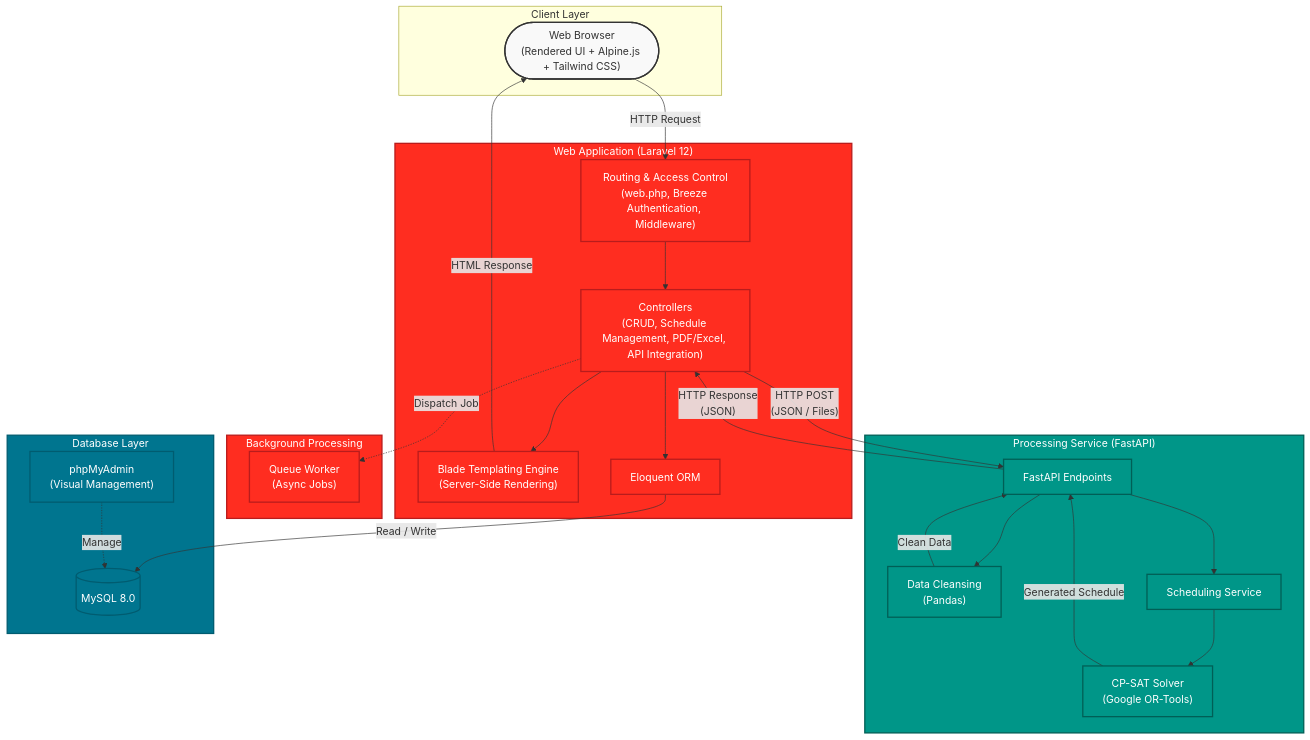
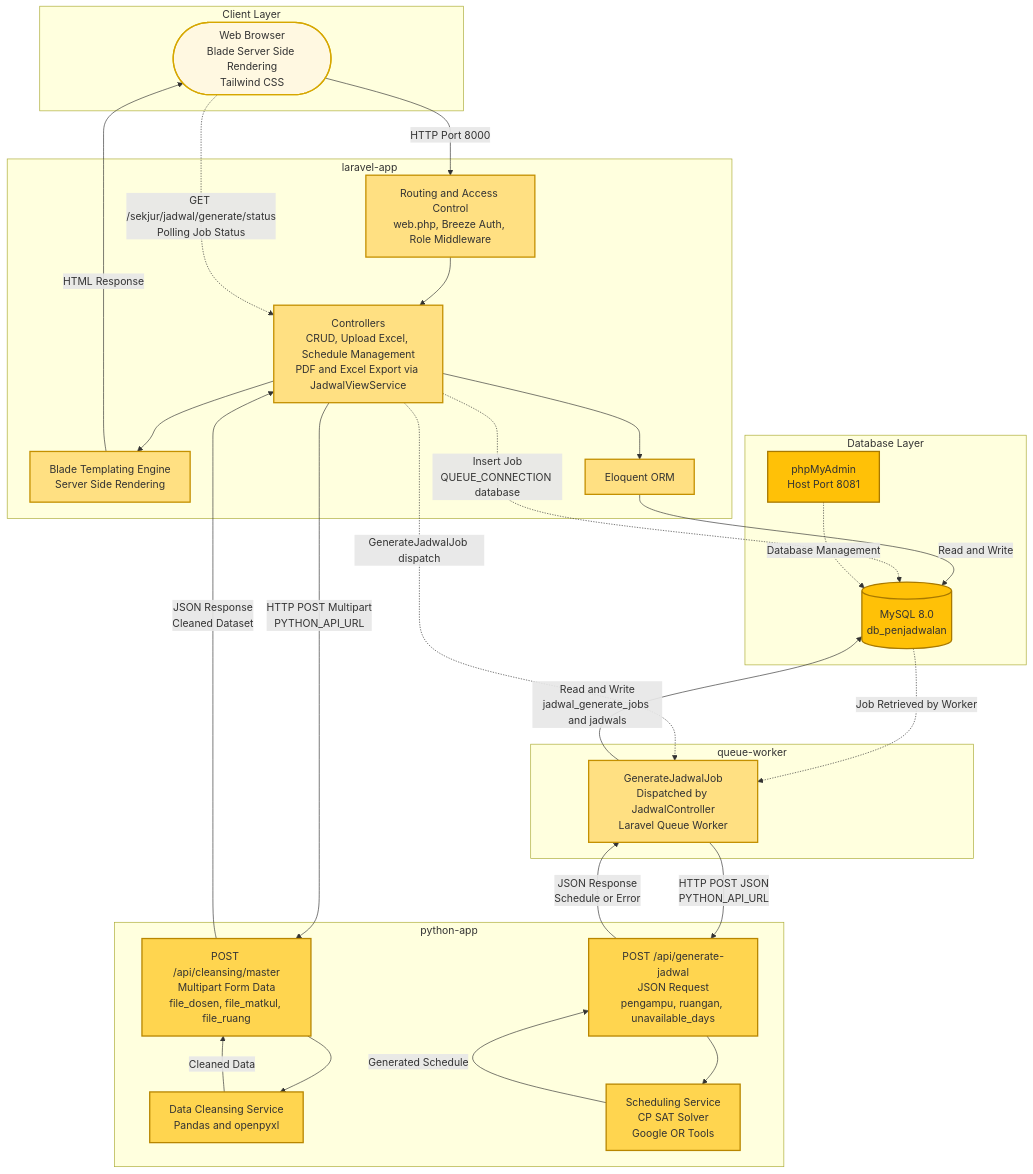
One commit to afiffaizin/sistem-penjadwalan changed the first of 2 diagrams in README.md. Above: the diagram before and after it, drawn with Mermaid. The commit also changed other lines of this file, not shown here.

Commit message:
docs: Update Readme (Teknologi, Arsitektur Sistem)

````diff
--- a/README.md
+++ b/README.md
@@ -264,74 +264,104 @@
 ```mermaid
 flowchart TD
-    %% Define Styles
-    classDef client fill:#f9f9f9,stroke:#333,stroke-width:2px,color:#333
-    classDef laravel fill:#ff2d20,stroke:#b91c1c,stroke-width:2px,color:#fff
-    classDef python fill:#009688,stroke:#005f56,stroke-width:2px,color:#fff
-    classDef database fill:#00758f,stroke:#005c70,stroke-width:2px,color:#fff
+
+    classDef client fill:#FFF8E1,stroke:#D6A700,stroke-width:2px,color:#333
+    classDef laravel fill:#FFE082,stroke:#C49000,stroke-width:2px,color:#333
+    classDef python fill:#FFD54F,stroke:#B88600,stroke-width:2px,color:#333
+    classDef database fill:#FFC107,stroke:#A87900,stroke-width:2px,color:#333
 
     %% Client Layer
     subgraph ClientLayer ["Client Layer"]
-        Browser(["Web Browser<br/>(Rendered UI + Alpine.js + Tailwind CSS)"])
+        Browser(["Web Browser<br/>Blade Server Side Rendering<br/>Tailwind CSS"])
     end
+
     class Browser client
 
     %% Laravel Application Layer
-    subgraph LaravelLayer ["Web Application (Laravel 12)"]
-        Routing["Routing & Access Control<br/>(web.php, Breeze Authentication, Middleware)"]
-        Controllers["Controllers<br/>(CRUD, Schedule Management, PDF/Excel, API Integration)"]
-        Blade["Blade Templating Engine<br/>(Server-Side Rendering)"]
+    subgraph LaravelLayer ["laravel-app"]
+        Routing["Routing and Access Control<br/>web.php, Breeze Auth, Role Middleware"]
+
+        Controllers["Controllers<br/>CRUD, Upload Excel, Schedule Management<br/>PDF and Excel Export via JadwalViewService"]
+
+        Blade["Blade Templating Engine<br/>Server Side Rendering"]
+
         Eloquent["Eloquent ORM"]
     end
-    class Routing,Controllers,Blade,Eloquent,LaravelLayer laravel
 
-    %% Background Jobs / Infrastructure
-    subgraph InfraLayer ["Background Processing"]
-        Queue["Queue Worker<br/>(Async Jobs)"]
+    class Routing,Controllers,Blade,Eloquent laravel
+
+    %% Background Jobs
+    subgraph InfraLayer ["queue-worker"]
+        Queue["GenerateJadwalJob<br/>Dispatched by JadwalController<br/>Laravel Queue Worker"]
     end
-    class Queue,InfraLayer laravel
+
+    class Queue laravel
 
     %% Python Processing Service
-    subgraph PythonLayer ["Processing Service (FastAPI)"]
-        API["FastAPI Endpoints"]
-        Cleansing["Data Cleansing<br/>(Pandas)"]
-        Scheduler["Scheduling Service"]
-        Solver["CP-SAT Solver<br/>(Google OR-Tools)"]
+    subgraph PythonLayer ["python-app"]
+        API_Cleansing["POST /api/cleansing/master<br/>Multipart Form Data<br/>file_dosen, file_matkul, file_ruang"]
+
+        API_Generate["POST /api/generate-jadwal<br/>JSON Request<br/>pengampu, ruangan, unavailable_days"]
+
+        Cleansing["Data Cleansing Service<br/>Pandas and openpyxl"]
+
+        Scheduler["Scheduling Service<br/>CP SAT Solver<br/>Google OR Tools"]
     end
-    class API,Cleansing,Scheduler,Solver,PythonLayer python
+
+    class API_Cleansing,API_Generate,Cleansing,Scheduler python
 
     %% Database Layer
     subgraph DBLayer ["Database Layer"]
-        MySQL[("MySQL 8.0")]
-        PMA["phpMyAdmin<br/>(Visual Management)"]
+        MySQL[("MySQL 8.0<br/>db_penjadwalan")]
+
+        PMA["phpMyAdmin<br/>Host Port 8081"]
     end
-    class MySQL,PMA,DBLayer database
 
-    %% Client to Laravel
-    Browser -- "HTTP Request" --> Routing
+    class MySQL,PMA database
+
+    %% Browser and Laravel
+    Browser -- "HTTP Port 8000" --> Routing
+
     Routing --> Controllers
+
     Controllers --> Blade
+
     Blade -- "HTML Response" --> Browser
 
-    %% Laravel Internal & Database
+    %% Browser Job Status
+    Browser -. "GET /sekjur/jadwal/generate/status<br/>Polling Job Status" .-> Controllers
+
+    %% Laravel and Database
     Controllers --> Eloquent
-    Eloquent -- "Read / Write" --> MySQL
 
-    %% Background Worker
-    Controllers -. "Dispatch Job" .-> Queue
+    Eloquent -- "Read and Write" --> MySQL
 
-    %% Laravel to Python
-    Controllers -- "HTTP POST<br/>(JSON / Files)" --> API
+    Controllers -. "Insert Job<br/>QUEUE_CONNECTION database" .-> MySQL
 
-    %% Python Processing
-    API --> Cleansing
-    API --> Scheduler
-    Scheduler --> Solver
+    MySQL -. "Job Retrieved by Worker" .-> Queue
 
-    %% Python Response
-    Cleansing -- "Clean Data" --> API
-    Solver -- "Generated Schedule" --> API
-    API -- "HTTP Response<br/>(JSON)" --> Controllers
+    Queue -- "Read and Write<br/>jadwal_generate_jobs and jadwals" --> MySQL
+
+    %% Controller Dispatches Queue
+    Controllers -. "GenerateJadwalJob dispatch" .-> Queue
+
+    %% Upload Excel and FastAPI Cleansing
+    Controllers -- "HTTP POST Multipart<br/>PYTHON_API_URL" --> API_Cleansing
+
+    API_Cleansing --> Cleansing
+
+    Cleansing -- "Cleaned Data" --> API_Cleansing
+
+    API_Cleansing -- "JSON Response<br/>Cleaned Dataset" --> Controllers
+
+    %% Queue Worker and FastAPI Scheduler
+    Queue -- "HTTP POST JSON<br/>PYTHON_API_URL" --> API_Generate
+
+    API_Generate --> Scheduler
+
+    Scheduler -- "Generated Schedule" --> API_Generate
+
+    API_Generate -- "JSON Response<br/>Schedule or Error" --> Queue
 
     %% Database Management
-    PMA -. "Manage" .-> MySQL
+    PMA -. "Database Management" .-> MySQL
 ```
````
